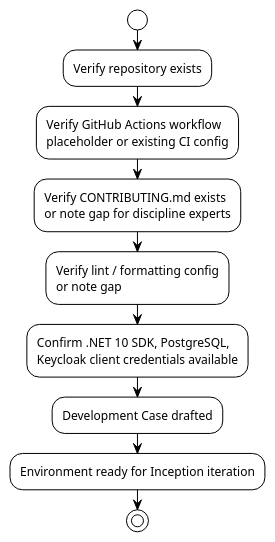
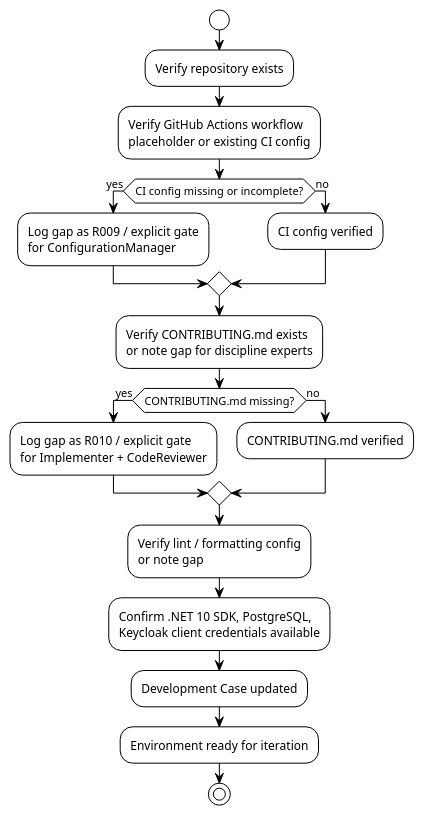
Before and after one commit to banense-test/portal: the sixth of 6 diagrams in docs/artifacts/environment/development-case.md, drawn with PlantUML. The commit also changed other lines of this file, not shown here.

First line of the commit message:
Process Engineer [I2]: upsert Development Case

````diff
--- a/docs/artifacts/environment/development-case.md
+++ b/docs/artifacts/environment/development-case.md
@@ -332,19 +361,33 @@
 ```plantuml
-@startuml Portal_EnvironmentPrep
+@startuml Portal_EnvironmentPrep_Fixed
 !theme plain
 
 start
 :Verify repository exists;
 :Verify GitHub Actions workflow
 placeholder or existing CI config;
+if (CI config missing or incomplete?) then (yes)
+  :Log gap as R009 / explicit gate
+for ConfigurationManager;
+else (no)
+  :CI config verified;
+endif
+
 :Verify CONTRIBUTING.md exists
 or note gap for discipline experts;
+if (CONTRIBUTING.md missing?) then (yes)
+  :Log gap as R010 / explicit gate
+for Implementer + CodeReviewer;
+else (no)
+  :CONTRIBUTING.md verified;
+endif
+
 :Verify lint / formatting config
 or note gap;
 :Confirm .NET 10 SDK, PostgreSQL,
 Keycloak client credentials available;
-:Development Case drafted;
-:Environment ready for Inception iteration;
+:Development Case updated;
+:Environment ready for iteration;
 stop
 @enduml
 ```
````
